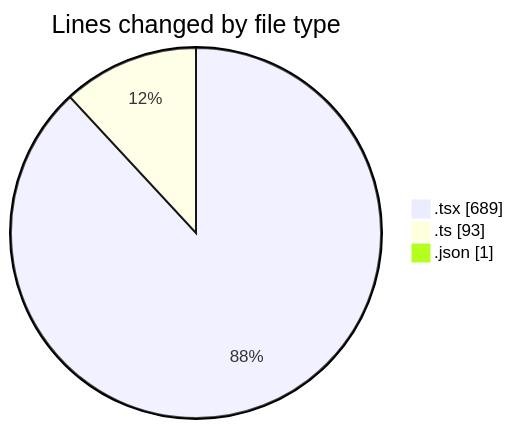
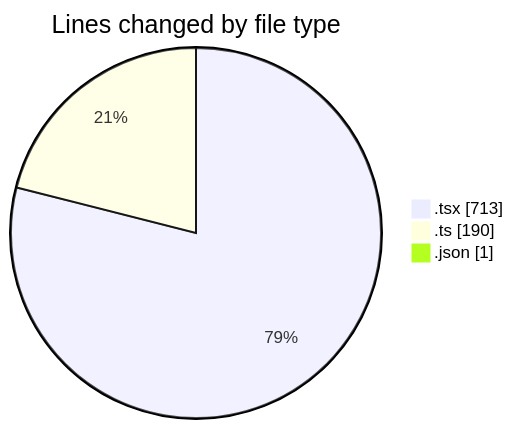
Before and after one commit to momahboobian/code-tracking: the first of 2 diagrams in 2026-09-17/cda/README.md, drawn with Mermaid. The commit also changed other lines of this file and 1 other file, not shown here.

````diff
--- a/2026-09-17/cda/README.md
+++ b/2026-09-17/cda/README.md
@@ -31,7 +34,7 @@
 ```mermaid
 pie showData
 title Lines changed by file type
-".tsx" : 689
-".ts" : 93
+".tsx" : 713
+".ts" : 190
 ".json" : 1
 ```
````
